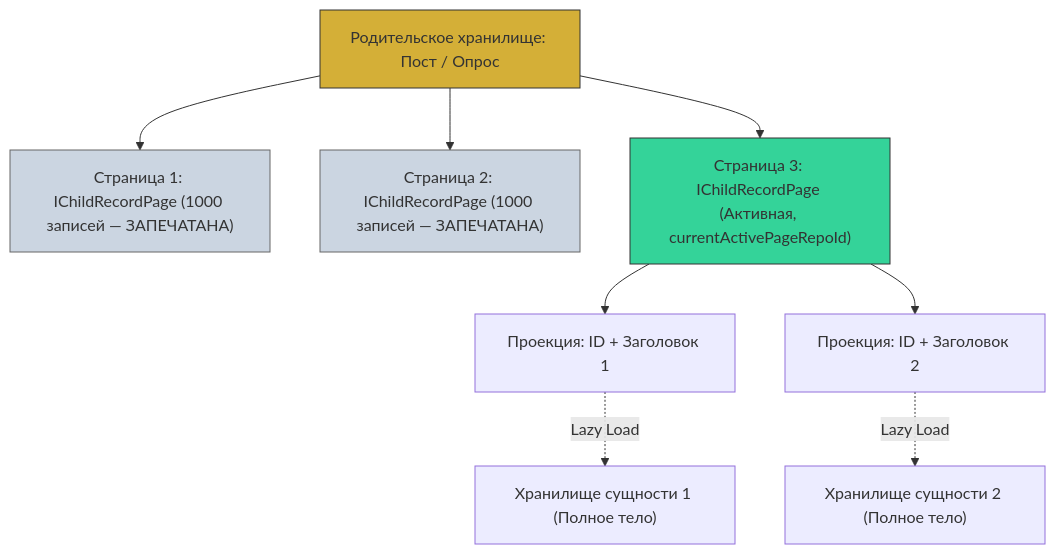
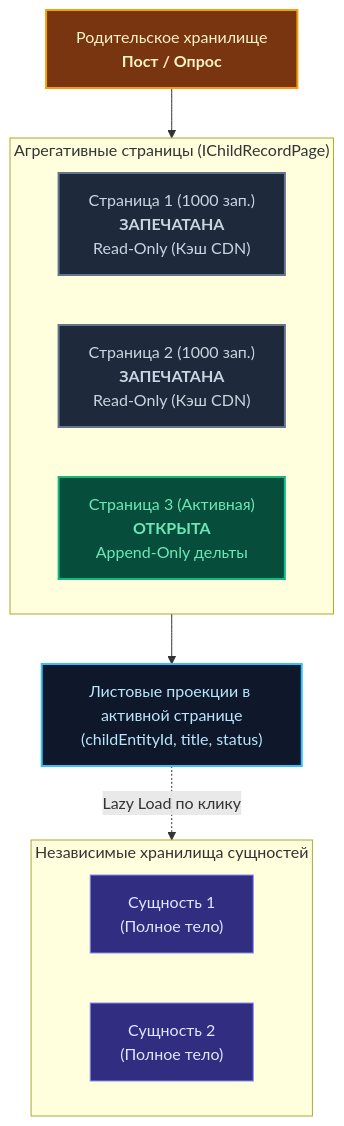
Before and after one commit to Data-Independence-Network/presentations: diagram 17 of 53 in shared_docs/Технический документ платформы Турбаза.md, drawn with Mermaid. The commit also changed other lines of this file and 3 other files, not shown here.

Commit message:
fix(docs): глубокий редизайн схем 3.5 и 10.1, улучшение контрастности и отключение кэширования во вьюере

````diff
--- a/shared_docs/Технический документ платформы Турбаза.md
+++ b/shared_docs/Технический документ платформы Турбаза.md
@@ -479,17 +479,32 @@
 ```mermaid
-graph TD
-    Parent["Родительское хранилище: Пост / Опрос"] --> P1["Страница 1: IChildRecordPage (1000 записей — ЗАПЕЧАТАНА)"]
-    Parent --> P2["Страница 2: IChildRecordPage (1000 записей — ЗАПЕЧАТАНА)"]
-    Parent --> P3["Страница 3: IChildRecordPage (Активная, currentActivePageRepoId)"]
-    
-    P3 --> Item1["Проекция: ID + Заголовок 1"]
-    P3 --> Item2["Проекция: ID + Заголовок 2"]
-    
-    Item1 -.->|Lazy Load| FullEntity1["Хранилище сущности 1 (Полное тело)"]
-    Item2 -.->|Lazy Load| FullEntity2["Хранилище сущности 2 (Полное тело)"]
-    
-    style P1 fill:#cbd5e1,stroke:#666
-    style P2 fill:#cbd5e1,stroke:#666
-    style P3 fill:#34D399,stroke:#333
-    style Parent fill:#D4AF37,stroke:#333
+flowchart TD
+    Parent["Родительское хранилище<br/><b>Пост / Опрос</b>"] --> Pages
+
+    subgraph Pages ["Агрегативные страницы (IChildRecordPage)"]
+        direction LR
+        P1["Страница 1 (1000 зап.)<br/><b>ЗАПЕЧАТАНА</b><br/>Read-Only (Кэш CDN)"]
+        P2["Страница 2 (1000 зап.)<br/><b>ЗАПЕЧАТАНА</b><br/>Read-Only (Кэш CDN)"]
+        P3["Страница 3 (Активная)<br/><b>ОТКРЫТА</b><br/>Append-Only дельты"]
+    end
+
+    P3 --> Proj["Листовые проекции в активной странице<br/>(childEntityId, title, status)"]
+    Proj -.->|Lazy Load по клику| Entities
+
+    subgraph Entities ["Независимые хранилища сущностей"]
+        direction LR
+        E1["Сущность 1<br/>(Полное тело)"]
+        E2["Сущность 2<br/>(Полное тело)"]
+    end
+
+    classDef parentNode fill:#78350f,stroke:#f59e0b,stroke-width:2px,color:#fef3c7;
+    classDef sealedNode fill:#1e293b,stroke:#64748b,stroke-width:2px,color:#cbd5e1;
+    classDef activeNode fill:#064e3b,stroke:#10b981,stroke-width:2px,color:#6ee7b7;
+    classDef projNode fill:#0f172a,stroke:#38bdf8,stroke-width:2px,color:#bae6fd;
+    classDef entityNode fill:#312e81,stroke:#818cf8,stroke-width:1px,color:#e0e7ff;
+
+    class Parent parentNode;
+    class P1,P2 sealedNode;
+    class P3 activeNode;
+    class Proj projNode;
+    class E1,E2 entityNode;
 ```
````
